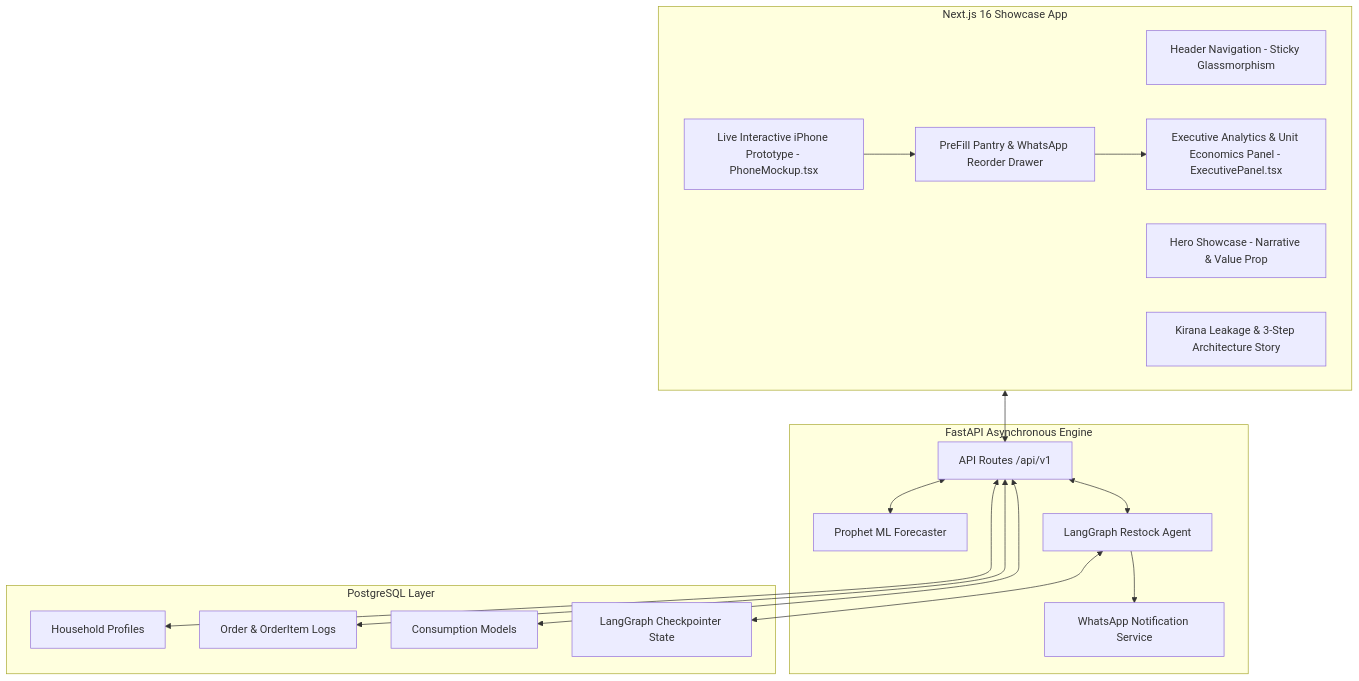
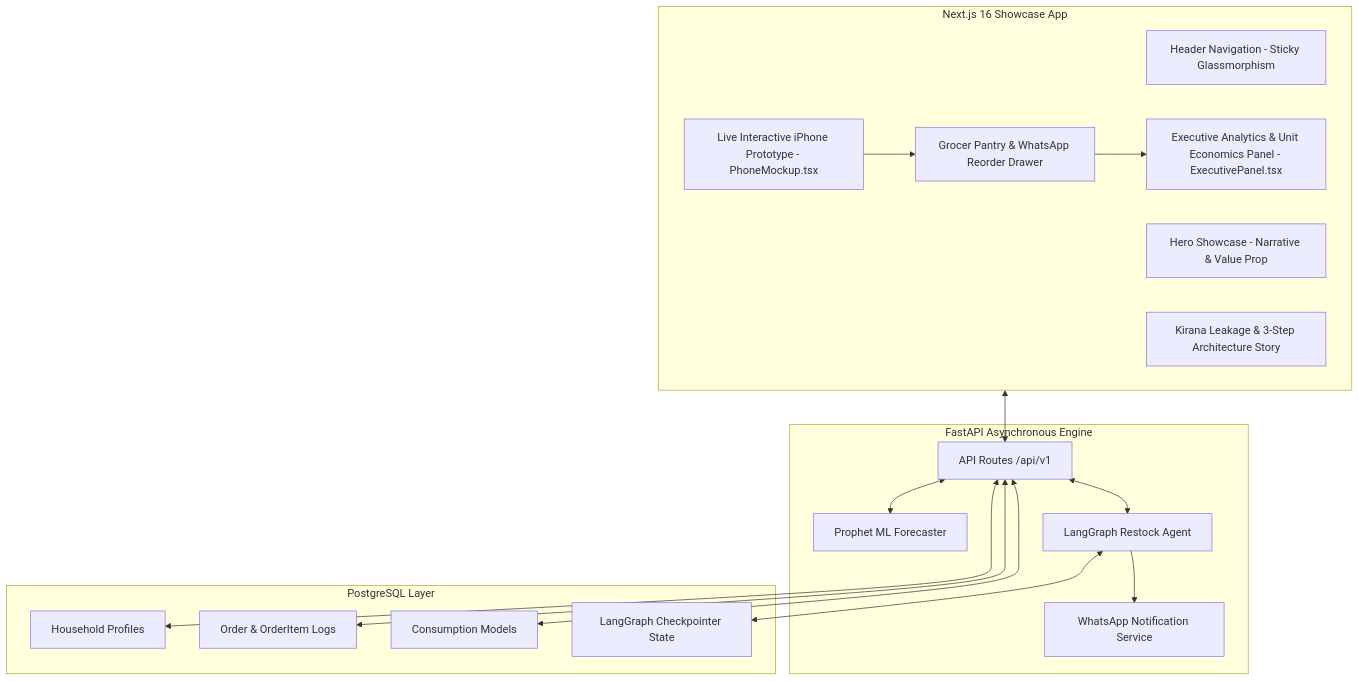
One commit to kwakhare5/Grocer changed the second of 2 diagrams in ARCHITECTURE.md. Above: the diagram before and after it, drawn with Mermaid. The commit also changed other lines of this file and 77 other files, not shown here.

Commit message:
feat: enforce mandatory graphify in all AGENTS.md

````diff
--- a/ARCHITECTURE.md
+++ b/ARCHITECTURE.md
@@ -132,36 +133,36 @@
 ```mermaid
 flowchart TD
     subgraph Frontend [Next.js 16 Showcase App]
         A[Header Navigation - Sticky Glassmorphism]
         B[Hero Showcase - Narrative & Value Prop]
         C[Live Interactive iPhone Prototype - PhoneMockup.tsx]
-        D[PreFill Pantry & WhatsApp Reorder Drawer]
+        D[Grocer Pantry & WhatsApp Reorder Drawer]
         E[Executive Analytics & Unit Economics Panel - ExecutivePanel.tsx]
         F[Kirana Leakage & 3-Step Architecture Story]
     end
 
     subgraph Backend [FastAPI Asynchronous Engine]
         G[API Routes /api/v1]
         H[Prophet ML Forecaster]
         I[LangGraph Restock Agent]
         J[WhatsApp Notification Service]
     end
 
     subgraph Database [PostgreSQL Layer]
         K[Household Profiles]
         L[Order & OrderItem Logs]
         M[Consumption Models]
         N[LangGraph Checkpointer State]
     end
 
     C --> D
     D --> E
     Frontend <--> G
     G <--> H
     G <--> I
     G <--> K
     G <--> L
     G <--> M
     I <--> N
     I --> J
 ```
````
